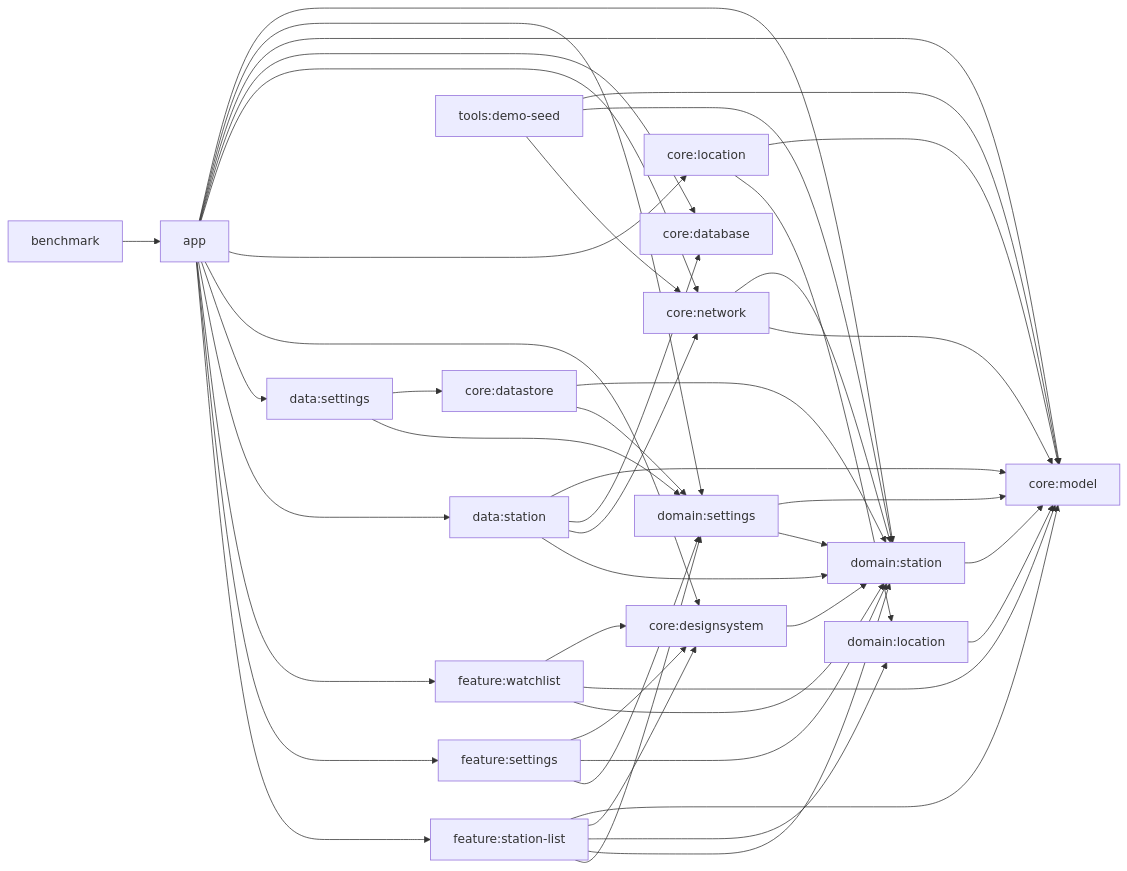
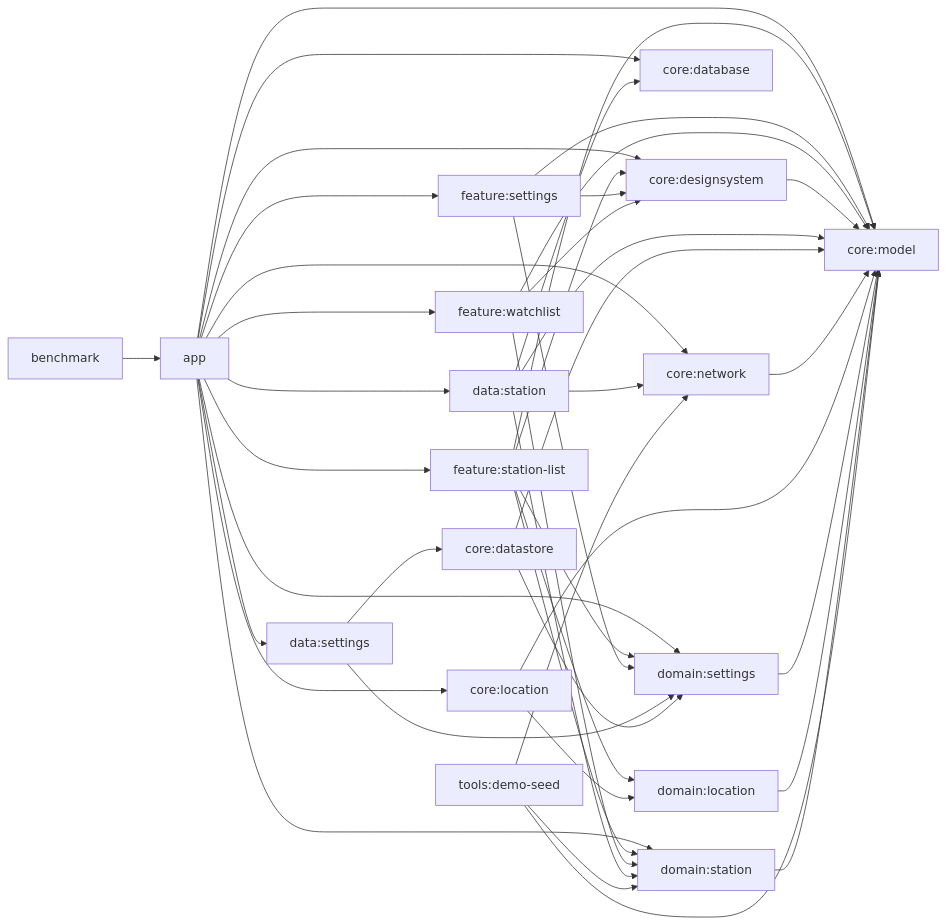
The diagram in docs/architecture.md (beyondwin/GasStation), drawn with Mermaid before and after one commit. The commit also changed other lines of this file and 8 other files, not shown here.

Commit message:
docs: update architecture cleanup contracts

````diff
--- a/docs/architecture.md
+++ b/docs/architecture.md
@@ -17,55 +17,53 @@
 ```mermaid
 flowchart LR
     app["app"] --> fstation["feature:station-list"]
     app --> fsettings["feature:settings"]
     app --> fwatch["feature:watchlist"]
     app --> dstation["data:station"]
     app --> dsettings["data:settings"]
     app --> cdesign["core:designsystem"]
     app --> clocation["core:location"]
     app --> cnetwork["core:network"]
     app --> cdatabase["core:database"]
     app --> cmodel["core:model"]
     app --> domSettings["domain:settings"]
     app --> domStation["domain:station"]
 
     fstation --> domSettings
     fstation --> domStation
     fstation --> domLocation["domain:location"]
     fstation --> cdesign
     fstation --> cmodel
 
     fsettings --> domSettings
-    fsettings --> domStation
     fsettings --> cdesign
+    fsettings --> cmodel
 
     fwatch --> domStation
     fwatch --> cmodel
     fwatch --> cdesign
-    cdesign --> domStation
+    cdesign --> cmodel
 
     dstation --> domStation
     dstation --> cnetwork
     dstation --> cdatabase
     dstation --> cmodel
 
     dsettings --> domSettings
     dsettings --> cstore["core:datastore"]
 
     cstore --> domSettings
-    cstore --> domStation
+    cstore --> cmodel
     cnetwork --> cmodel
-    cnetwork --> domStation
 
     clocation --> domLocation
     clocation --> cmodel
-    domSettings --> domStation
     domSettings --> cmodel
     domLocation --> cmodel
     domStation --> cmodel
 
     tools["tools:demo-seed"] --> cnetwork
     tools --> domStation
     tools --> cmodel
     benchmark["benchmark"] --> app
 ```
````
